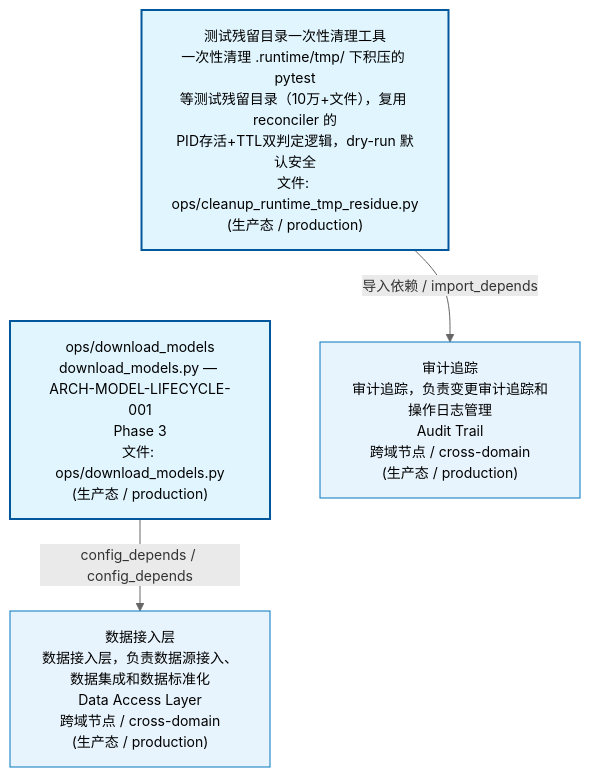
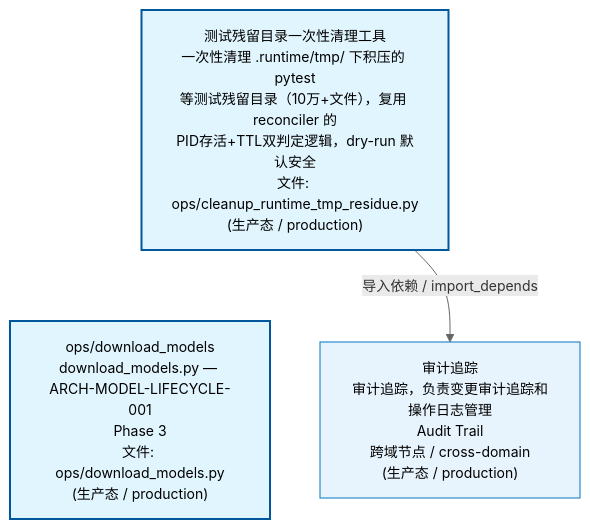
Before and after one commit to xuanFelixVan/ZephyrAlpha: the first of 3 diagrams in docs/02_enterprise_architecture/02_domain_architecture_docs/04_d_infra_ops.md, drawn with Mermaid. The commit also changed other lines of this file and 48 other files, not shown here.

````diff
--- a/docs/02_enterprise_architecture/02_domain_architecture_docs/04_d_infra_ops.md
+++ b/docs/02_enterprise_architecture/02_domain_architecture_docs/04_d_infra_ops.md
@@ -53,17 +53,15 @@
 ```mermaid
 %%{init: {'theme': 'base', 'themeVariables': {'primaryColor': '#eaeaea', 'primaryTextColor': '#333333', 'primaryBorderColor': '#666666', 'lineColor': '#666666', 'secondaryColor': '#eaeaea', 'tertiaryColor': '#eaeaea', 'fontSize': '14px'}}}%%
 flowchart TD
     scripts_ops_cleanup_runtime_tmp_residue_py["测试残留目录一次性清理工具<br/>一次性清理 .runtime/tmp/ 下积压的 pytest<br/>等测试残留目录（10万+文件），复用 reconciler 的<br/>PID存活+TTL双判定逻辑，dry-run 默认安全<br/>文件: ops/cleanup_runtime_tmp_residue.py<br/>(生产态 / production)"]
     scripts_ops_download_models_py["ops/download_models<br/>download_models.py — ARCH-MODEL-LIFECYCLE-001<br/>Phase 3<br/>文件: ops/download_models.py<br/>(生产态 / production)"]
     scripts_ops_cleanup_runtime_tmp_residue_py ~~~ scripts_ops_download_models_py
-    D_DATA["数据接入层<br/>数据接入层，负责数据源接入、数据集成和数据标准化<br/>Data Access Layer<br/>跨域节点 / cross-domain<br/>(生产态 / production)"]
-    scripts_ops_download_models_py -->|config_depends / config_depends| D_DATA
     D_GOV_AUDIT["审计追踪<br/>审计追踪，负责变更审计追踪和操作日志管理<br/>Audit Trail<br/>跨域节点 / cross-domain<br/>(生产态 / production)"]
     scripts_ops_cleanup_runtime_tmp_residue_py -->|导入依赖 / import_depends| D_GOV_AUDIT
     classDef production fill:#e1f5fe,stroke:#01579b,stroke-width:2px,color:#000
     classDef design fill:#fff3e0,stroke:#e65100,stroke-width:2px,color:#000,stroke-dasharray: 5 5
     classDef external_prod fill:#e8f4fd,stroke:#0277bd,stroke-width:1px,color:#000
     classDef external_design fill:#fff8e7,stroke:#ef6c00,stroke-width:1px,color:#000,stroke-dasharray: 5 5
     class scripts_ops_cleanup_runtime_tmp_residue_py,scripts_ops_download_models_py production
-    class D_DATA,D_GOV_AUDIT external_prod
+    class D_GOV_AUDIT external_prod
 ```
````
